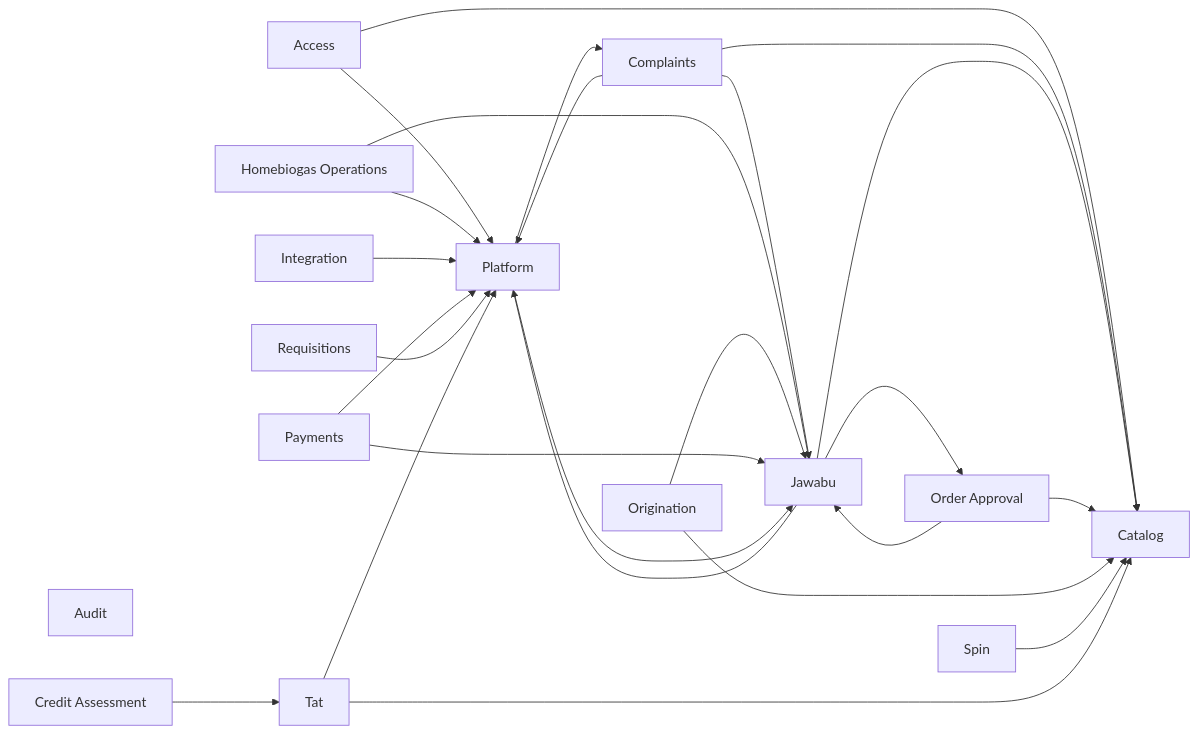
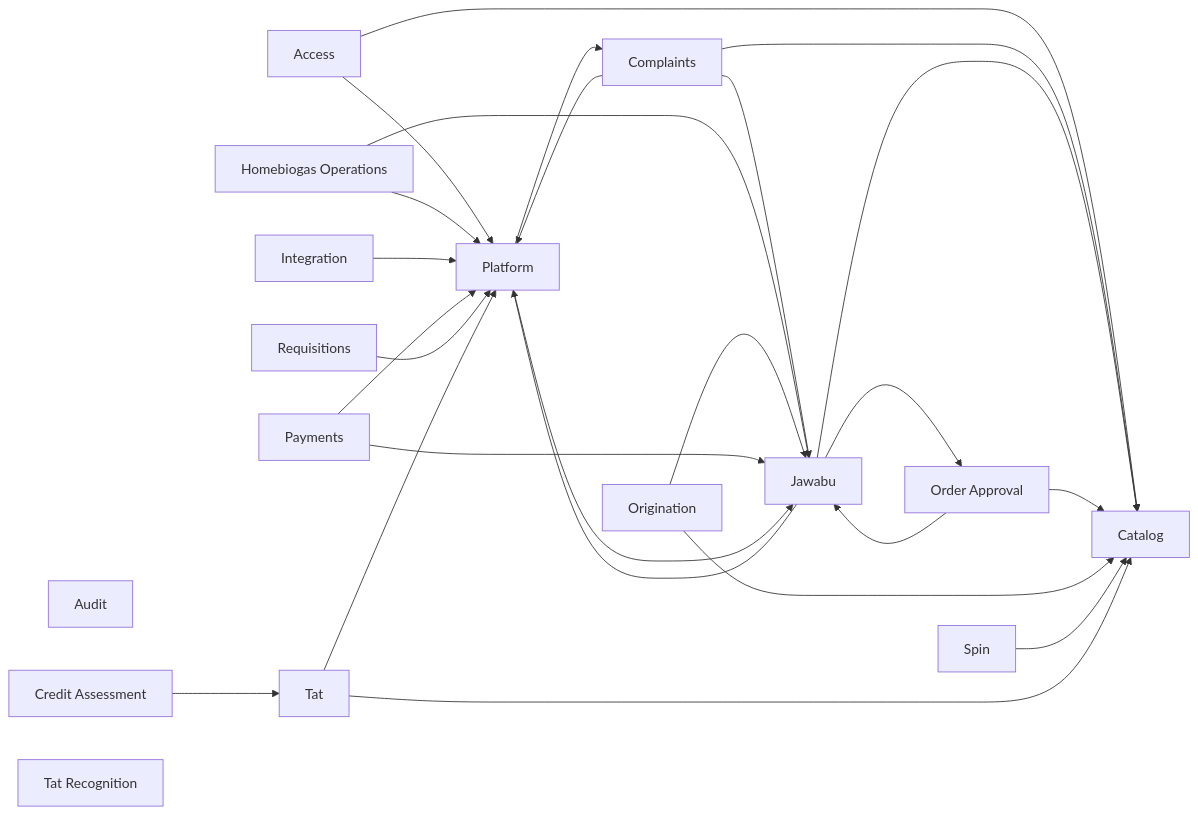
The diagram in docs/database/overview.mmd (bedanavrvm/HB-Biogas-Telegram-Bot), drawn with Mermaid before and after one commit. The commit also changed 27 other files, not shown here.

```diff
--- a/docs/database/overview.mmd
+++ b/docs/database/overview.mmd
@@ -1,40 +1,41 @@
 flowchart LR
   access["Access"]
   audit["Audit"]
   catalog["Catalog"]
   complaints["Complaints"]
   credit_assessment["Credit Assessment"]
   homebiogas_operations["Homebiogas Operations"]
   integration["Integration"]
   jawabu["Jawabu"]
   order_approval["Order Approval"]
   origination["Origination"]
   payments["Payments"]
   platform["Platform"]
   requisitions["Requisitions"]
   spin["Spin"]
   tat["Tat"]
+  tat_recognition["Tat Recognition"]
   access --> catalog
   access --> platform
   complaints --> catalog
   complaints --> jawabu
   complaints --> platform
   credit_assessment --> tat
   homebiogas_operations --> jawabu
   homebiogas_operations --> platform
   integration --> platform
   jawabu --> catalog
   jawabu --> order_approval
   jawabu --> platform
   order_approval --> catalog
   order_approval --> jawabu
   origination --> catalog
   origination --> jawabu
   payments --> jawabu
   payments --> platform
   platform --> complaints
   platform --> jawabu
   requisitions --> platform
   spin --> catalog
   tat --> catalog
   tat --> platform
```
